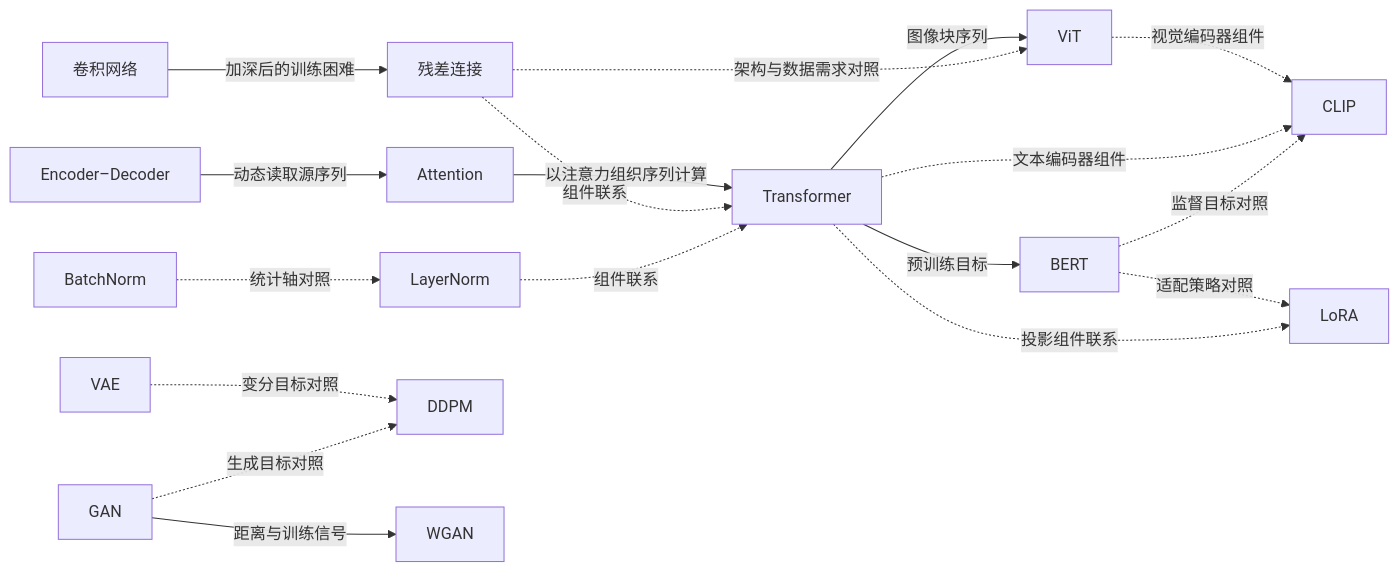
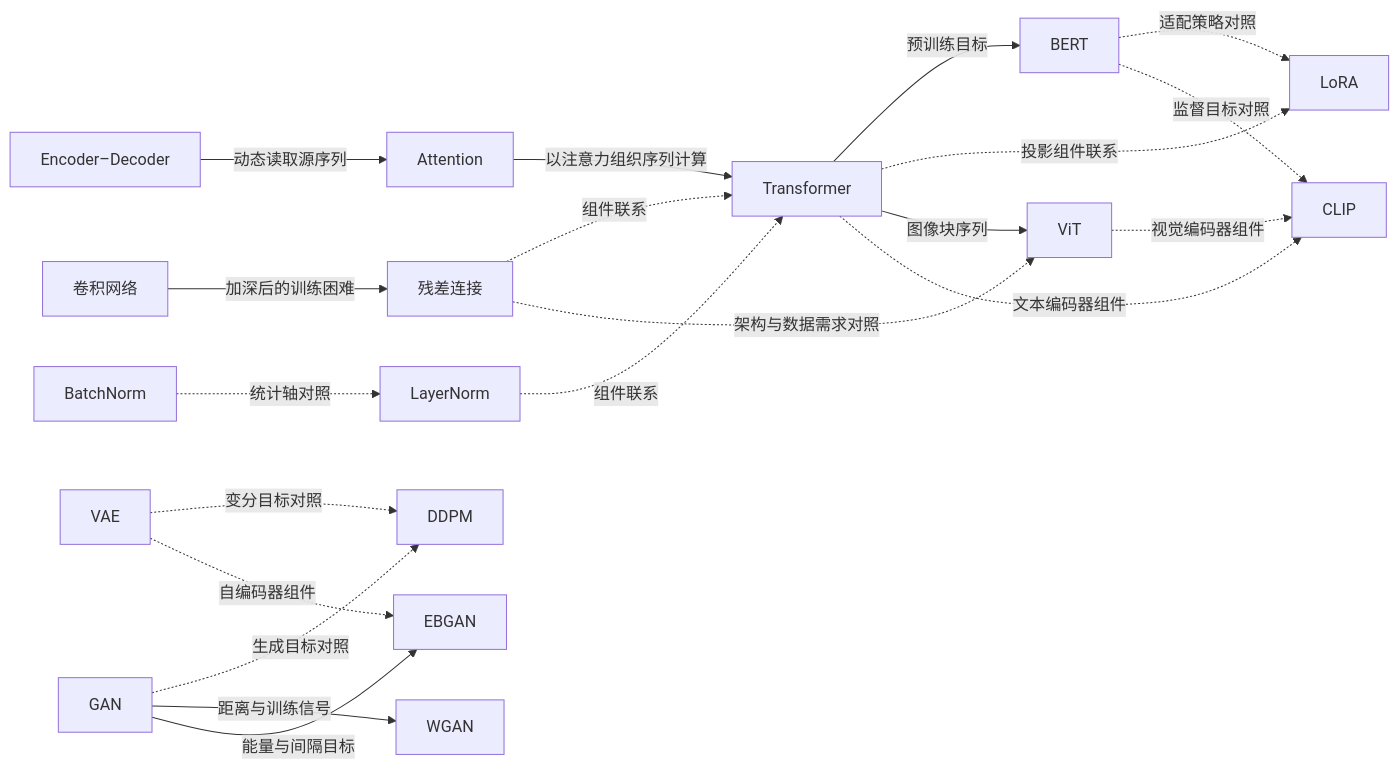
One commit to RayXBuilds/Deep-Learning-Papers-Reading-Roadmap changed the diagram in docs/connections.md. Above: the diagram before and after it, drawn with Mermaid. The commit also changed other lines of this file and 16 other files, not shown here.

````diff
--- a/docs/connections.md
+++ b/docs/connections.md
@@ -33,20 +36,22 @@
 ```mermaid
 flowchart LR
   CNN[卷积网络] -->|加深后的训练困难| ResNet[残差连接]
   BN[BatchNorm] -.统计轴对照.-> LN[LayerNorm]
   Seq[Encoder–Decoder] -->|动态读取源序列| Attn[Attention]
   Attn -->|以注意力组织序列计算| TF[Transformer]
   ResNet -.组件联系.-> TF
   LN -.组件联系.-> TF
   TF -->|预训练目标| BERT[BERT]
   BERT -.适配策略对照.-> LoRA[LoRA]
   TF -.投影组件联系.-> LoRA
   TF -->|图像块序列| ViT[ViT]
   ResNet -.架构与数据需求对照.-> ViT
   ViT -.视觉编码器组件.-> CLIP[CLIP]
   TF -.文本编码器组件.-> CLIP
   BERT -.监督目标对照.-> CLIP
   VAE[VAE] -.变分目标对照.-> DDPM[DDPM]
   GAN[GAN] -.生成目标对照.-> DDPM
   GAN -->|距离与训练信号| WGAN[WGAN]
+  GAN -->|能量与间隔目标| EBGAN[EBGAN]
+  VAE -.自编码器组件.-> EBGAN
 ```
````
